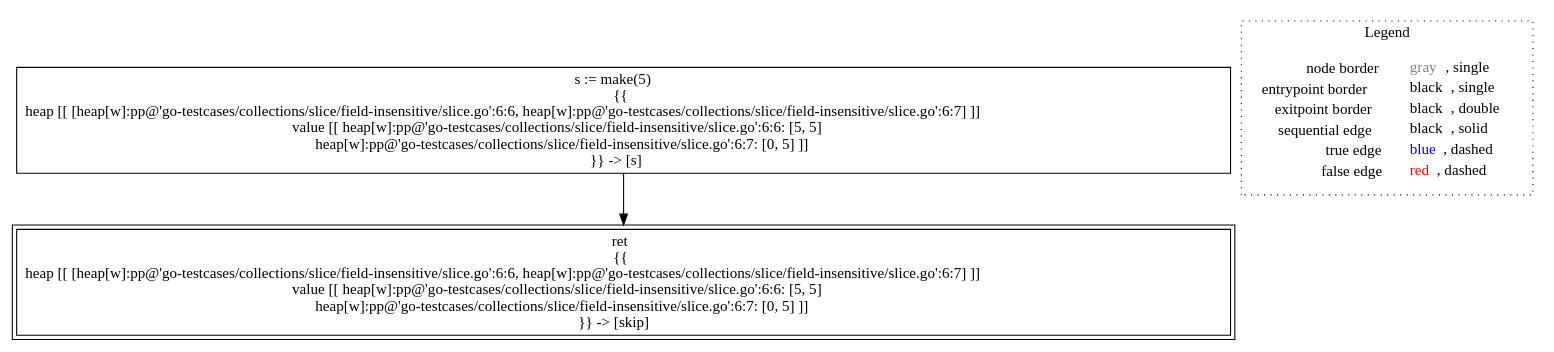
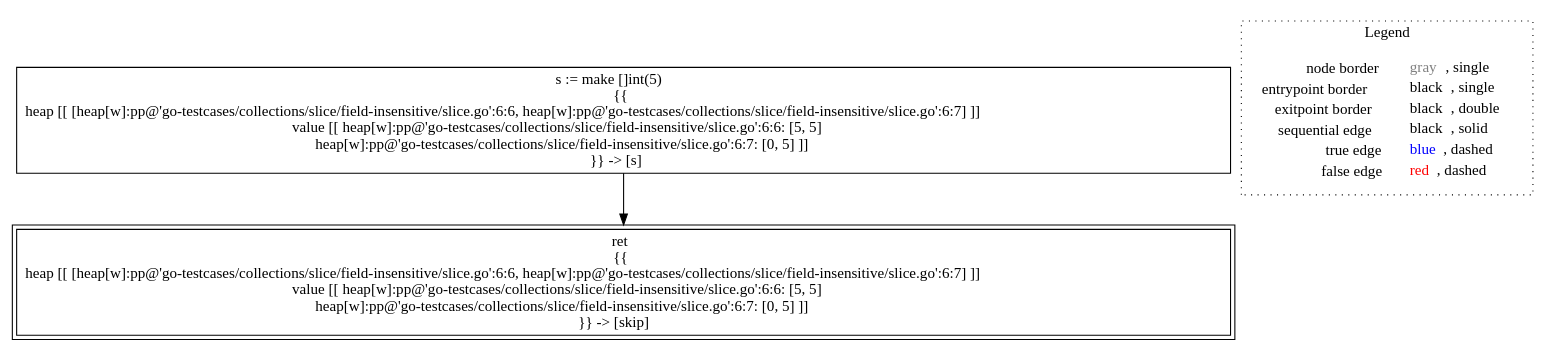
The diagram in go-lisa/go-testcases/collections/slice/field-insensitive/analysis___untyped_~LiSAProgram.main().dot (lisa-analyzer/go-lisa), drawn with Graphviz before and after one commit. The commit also changed 10 other files, not shown here.

```diff
--- a/go-lisa/go-testcases/collections/slice/field-insensitive/analysis___untyped_~LiSAProgram.main().dot
+++ b/go-lisa/go-testcases/collections/slice/field-insensitive/analysis___untyped_~LiSAProgram.main().dot
@@ -1,12 +1,12 @@
 digraph {
-	"node0" [shape="rect",color="black",label=<s := make(5)<BR/>{{<BR/>heap [[ [heap[w]:pp@'go-testcases/collections/slice/field-insensitive/slice.go':6:6, heap[w]:pp@'go-testcases/collections/slice/field-insensitive/slice.go':6:7] ]]<BR/>value [[ heap[w]:pp@'go-testcases/collections/slice/field-insensitive/slice.go':6:6: [5, 5]<BR/>heap[w]:pp@'go-testcases/collections/slice/field-insensitive/slice.go':6:7: [0, 5] ]]<BR/>}} -&gt; [s]>];
+	"node0" [shape="rect",color="black",label=<s := make []int(5)<BR/>{{<BR/>heap [[ [heap[w]:pp@'go-testcases/collections/slice/field-insensitive/slice.go':6:6, heap[w]:pp@'go-testcases/collections/slice/field-insensitive/slice.go':6:7] ]]<BR/>value [[ heap[w]:pp@'go-testcases/collections/slice/field-insensitive/slice.go':6:6: [5, 5]<BR/>heap[w]:pp@'go-testcases/collections/slice/field-insensitive/slice.go':6:7: [0, 5] ]]<BR/>}} -&gt; [s]>];
 	"node1" [shape="rect",color="black",peripheries="2",label=<ret<BR/>{{<BR/>heap [[ [heap[w]:pp@'go-testcases/collections/slice/field-insensitive/slice.go':6:6, heap[w]:pp@'go-testcases/collections/slice/field-insensitive/slice.go':6:7] ]]<BR/>value [[ heap[w]:pp@'go-testcases/collections/slice/field-insensitive/slice.go':6:6: [5, 5]<BR/>heap[w]:pp@'go-testcases/collections/slice/field-insensitive/slice.go':6:7: [0, 5] ]]<BR/>}} -&gt; [skip]>];
 	"node0" -> "node1" [color="black"];
 subgraph cluster_legend {
 	label="Legend";
 	style=dotted;
 	node [shape=plaintext];
 	"legend" [label=<<table border="0" cellpadding="2" cellspacing="0" cellborder="0"><tr><td align="right">node border&nbsp;</td><td align="left"><font color="gray">gray</font>, single</td></tr><tr><td align="right">entrypoint border&nbsp;</td><td align="left"><font color="black">black</font>, single</td></tr><tr><td align="right">exitpoint border&nbsp;</td><td align="left"><font color="black">black</font>, double</td></tr><tr><td align="right">sequential edge&nbsp;</td><td align="left"><font color="black">black</font>, solid</td></tr><tr><td align="right">true edge&nbsp;</td><td align="left"><font color="blue">blue</font>, dashed</td></tr><tr><td align="right">false edge&nbsp;</td><td align="left"><font color="red">red</font>, dashed</td></tr></table>>];
 }
 
 }
```
